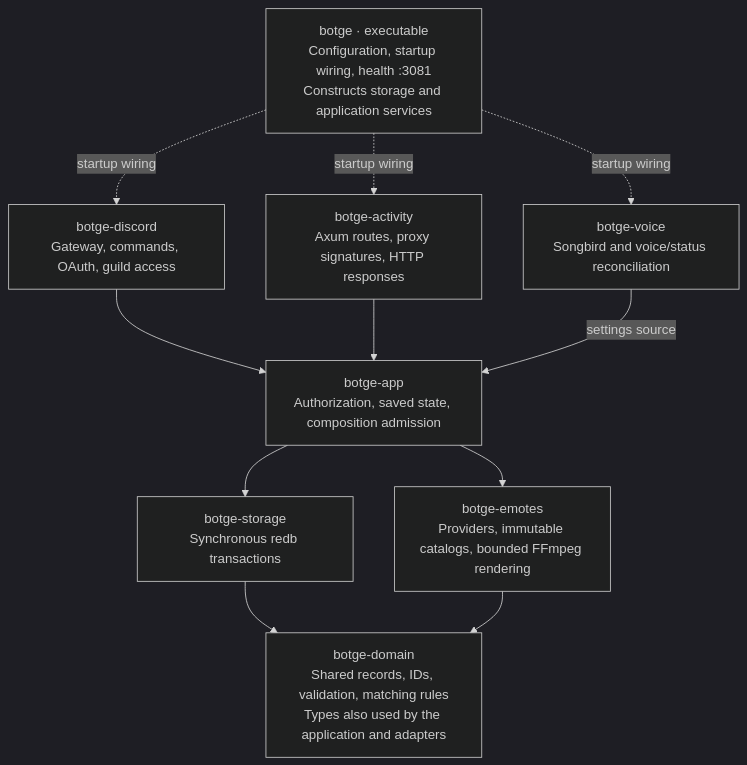
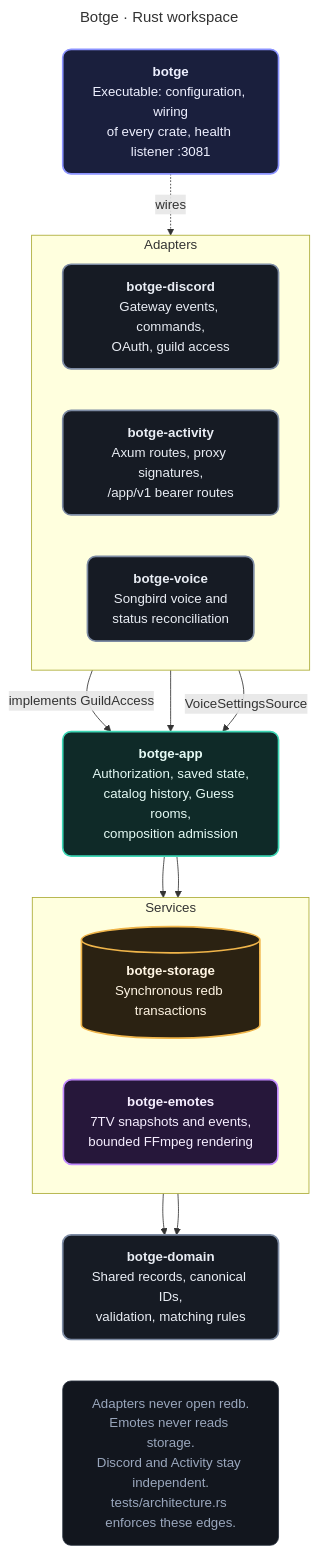
The diagram in docs/diagrams/architecture.mmd (MrewyOrg/Botge), drawn with Mermaid before and after one commit. The commit also changed 14 other files, not shown here.

First line of the commit message:
docs(architecture): render every diagram from Mermaid in a new dark style

```diff
--- a/docs/diagrams/architecture.mmd
+++ b/docs/diagrams/architecture.mmd
@@ -1,17 +1,48 @@
-%%{init: {"theme":"dark"}}%%
+---
+title: Botge · Rust workspace
+---
 flowchart TB
-    bot["botge · executable<br/>Configuration, startup wiring, health :3081<br/>Constructs storage and application services"]
-    discord["botge-discord<br/>Gateway, commands, OAuth, guild access"]
-    activity["botge-activity<br/>Axum routes, proxy signatures, HTTP responses"]
-    voice["botge-voice<br/>Songbird and voice/status reconciliation"]
-    app["botge-app<br/>Authorization, saved state, composition admission"]
-    storage["botge-storage<br/>Synchronous redb transactions"]
-    emotes["botge-emotes<br/>Providers, immutable catalogs, bounded FFmpeg rendering"]
-    domain["botge-domain<br/>Shared records, IDs, validation, matching rules<br/>Types also used by the application and adapters"]
-    bot -. startup wiring .-> discord & activity & voice
-    discord --> app
+    bot["<b>botge</b><br/>Executable: configuration, wiring<br/>of every crate, health listener :3081"]
+
+    subgraph adapters["Adapters"]
+        direction LR
+        discord["<b>botge-discord</b><br/>Gateway events, commands,<br/>OAuth, guild access"]
+        activity["<b>botge-activity</b><br/>Axum routes, proxy signatures,<br/>/app/v1 bearer routes"]
+        voice["<b>botge-voice</b><br/>Songbird voice and<br/>status reconciliation"]
+    end
+
+    app["<b>botge-app</b><br/>Authorization, saved state,<br/>catalog history, Guess rooms,<br/>composition admission"]
+
+    subgraph services["Services"]
+        direction LR
+        storage[("<b>botge-storage</b><br/>Synchronous redb transactions")]
+        emotes["<b>botge-emotes</b><br/>7TV snapshots and events,<br/>bounded FFmpeg rendering"]
+    end
+
+    domain["<b>botge-domain</b><br/>Shared records, canonical IDs,<br/>validation, matching rules"]
+
+    bot -. wires .-> adapters
+    discord -->|implements GuildAccess| app
     activity --> app
-    voice -->|settings source| app
-    app --> storage & emotes
+    voice -->|VoiceSettingsSource| app
+    app --> storage
+    app --> emotes
     storage --> domain
     emotes --> domain
+
+    rule["Adapters never open redb.<br/>Emotes never reads storage.<br/>Discord and Activity stay independent.<br/>tests/architecture.rs enforces these edges."]
+    domain ~~~ rule
+
+    classDef exe fill:#1a1f3d,stroke:#8b93ff,color:#eef0ff,stroke-width:2px,rx:10,ry:10
+    classDef core fill:#0f2a28,stroke:#3dd6b5,color:#e6fbf6,stroke-width:2px,rx:10,ry:10
+    classDef data fill:#2b2212,stroke:#f0b54a,color:#fff5e3,stroke-width:2px,rx:10,ry:10
+    classDef media fill:#26173a,stroke:#c38bff,color:#f6eeff,stroke-width:2px,rx:10,ry:10
+    classDef base fill:#161b24,stroke:#7d8ba3,color:#e9edf4,stroke-width:2px,rx:10,ry:10
+    classDef muted fill:#12161e,stroke:#2b3341,color:#9aa7bd,rx:10,ry:10
+    class bot exe
+    class discord,activity,voice base
+    class app core
+    class storage data
+    class emotes media
+    class domain base
+    class rule muted
```
